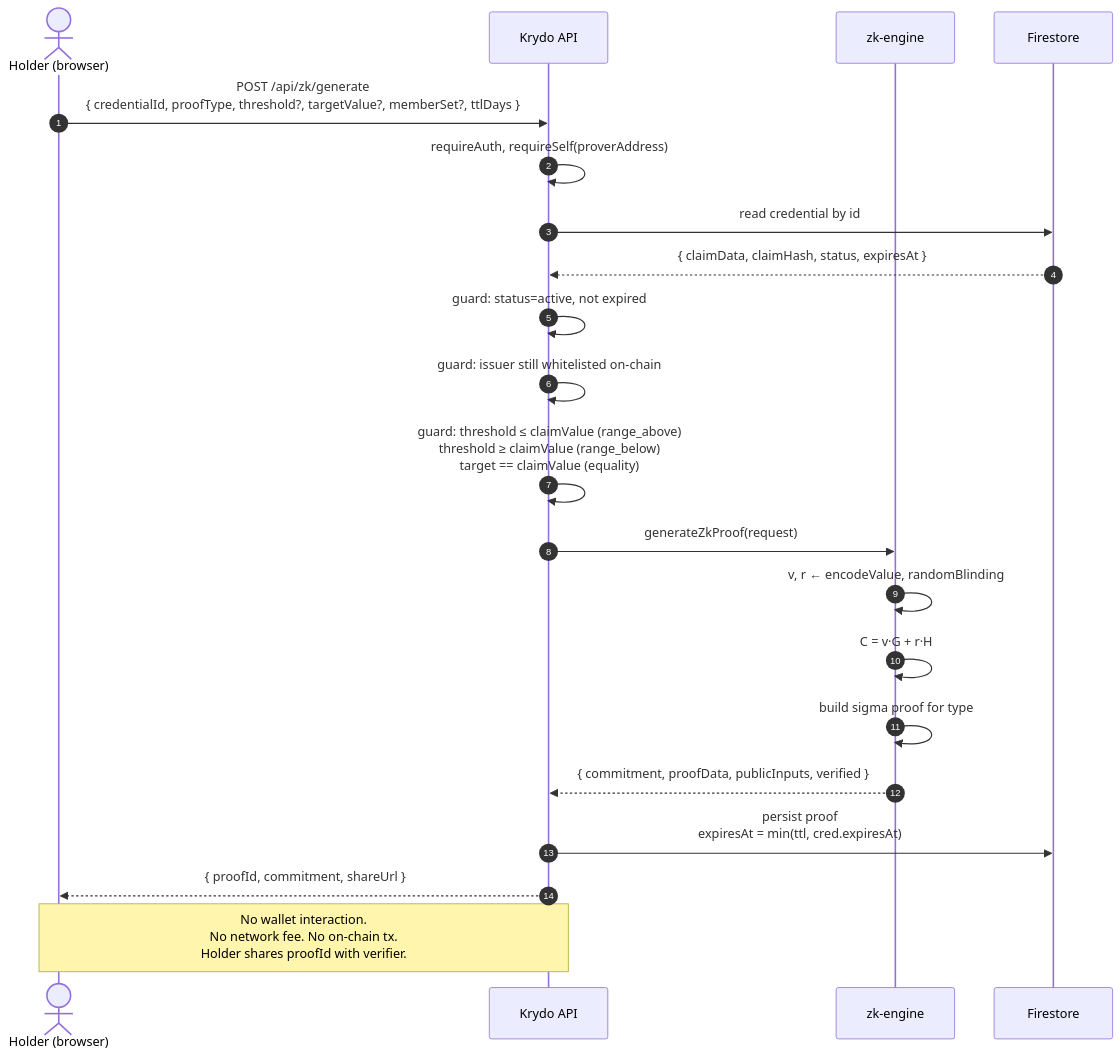
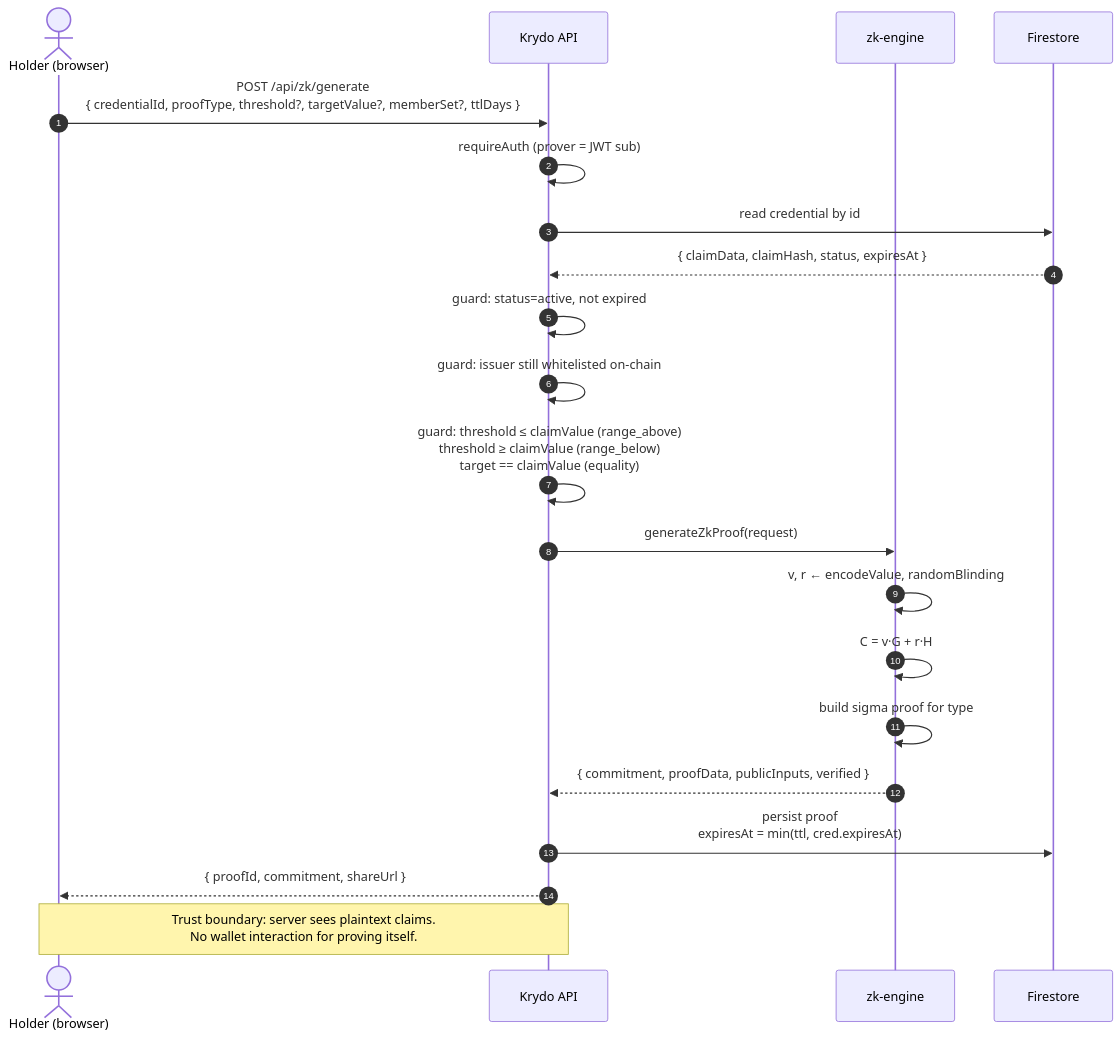
Before and after one commit to nishant-uxs/krydo-next: diagram 15 of 27 in DOCUMENTATION.md, drawn with Mermaid. The commit also changed other lines of this file and 127 other files, not shown here.

First line of the commit message:
Ship presentations API, Kotlin Android wallet, and Render-ready mobile branding.

````diff
--- a/DOCUMENTATION.md
+++ b/DOCUMENTATION.md
@@ -496,26 +497,26 @@
 ```mermaid
 sequenceDiagram
     autonumber
     actor H as Holder (browser)
     participant API as Krydo API
     participant ENG as zk-engine
     participant FS as Firestore
 
     H->>API: POST /api/zk/generate<br/>{ credentialId, proofType, threshold?, targetValue?, memberSet?, ttlDays }
-    API->>API: requireAuth, requireSelf(proverAddress)
+    API->>API: requireAuth (prover = JWT sub)
     API->>FS: read credential by id
     FS-->>API: { claimData, claimHash, status, expiresAt }
 
     API->>API: guard: status=active, not expired
     API->>API: guard: issuer still whitelisted on-chain
     API->>API: guard: threshold ≤ claimValue (range_above)<br/>threshold ≥ claimValue (range_below)<br/>target == claimValue (equality)
     API->>ENG: generateZkProof(request)
     ENG->>ENG: v, r ← encodeValue, randomBlinding
     ENG->>ENG: C = v·G + r·H
     ENG->>ENG: build sigma proof for type
     ENG-->>API: { commitment, proofData, publicInputs, verified }
     API->>FS: persist proof<br/>expiresAt = min(ttl, cred.expiresAt)
     API-->>H: { proofId, commitment, shareUrl }
 
-    Note over H,API: No wallet interaction.<br/>No network fee. No on-chain tx.<br/>Holder shares proofId with verifier.
+    Note over H,API: Trust boundary: server sees plaintext claims.<br/>No wallet interaction for proving itself.
 ```
````
